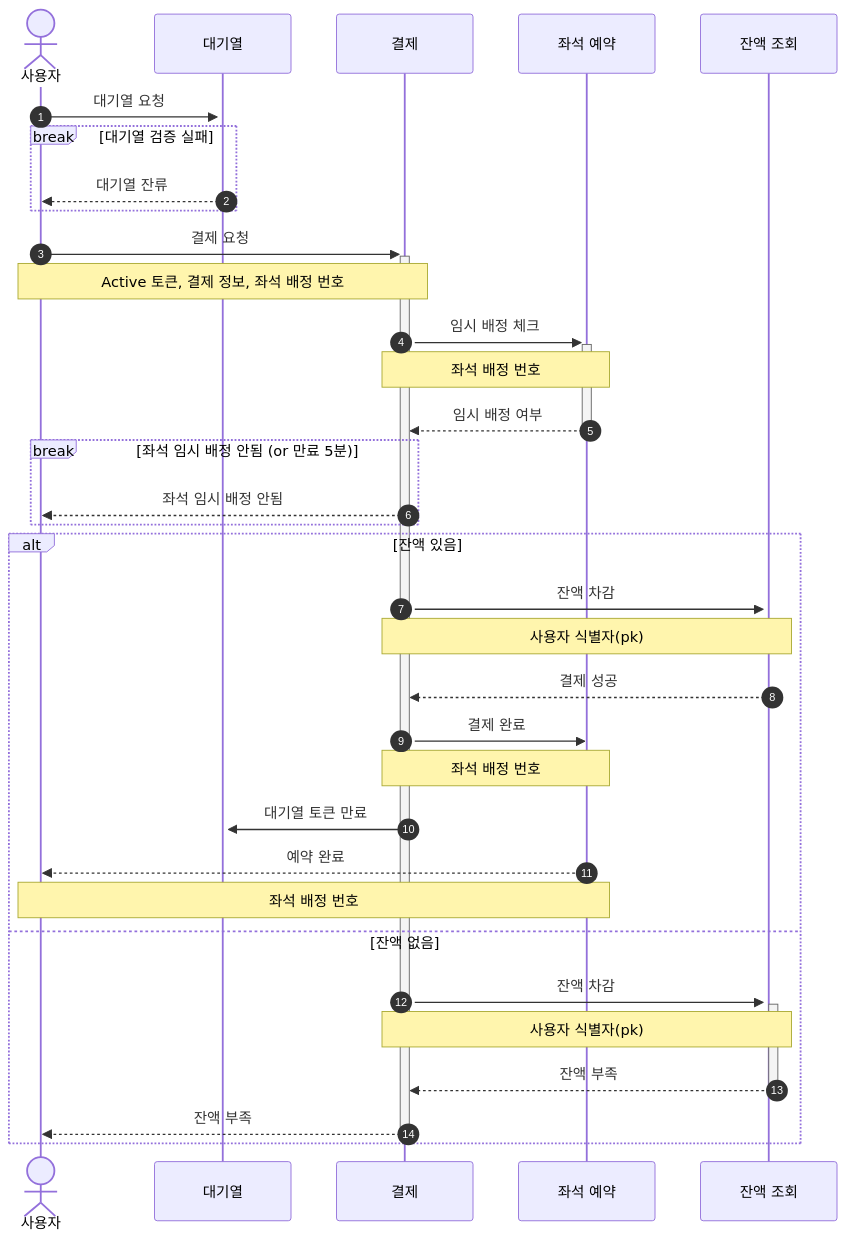
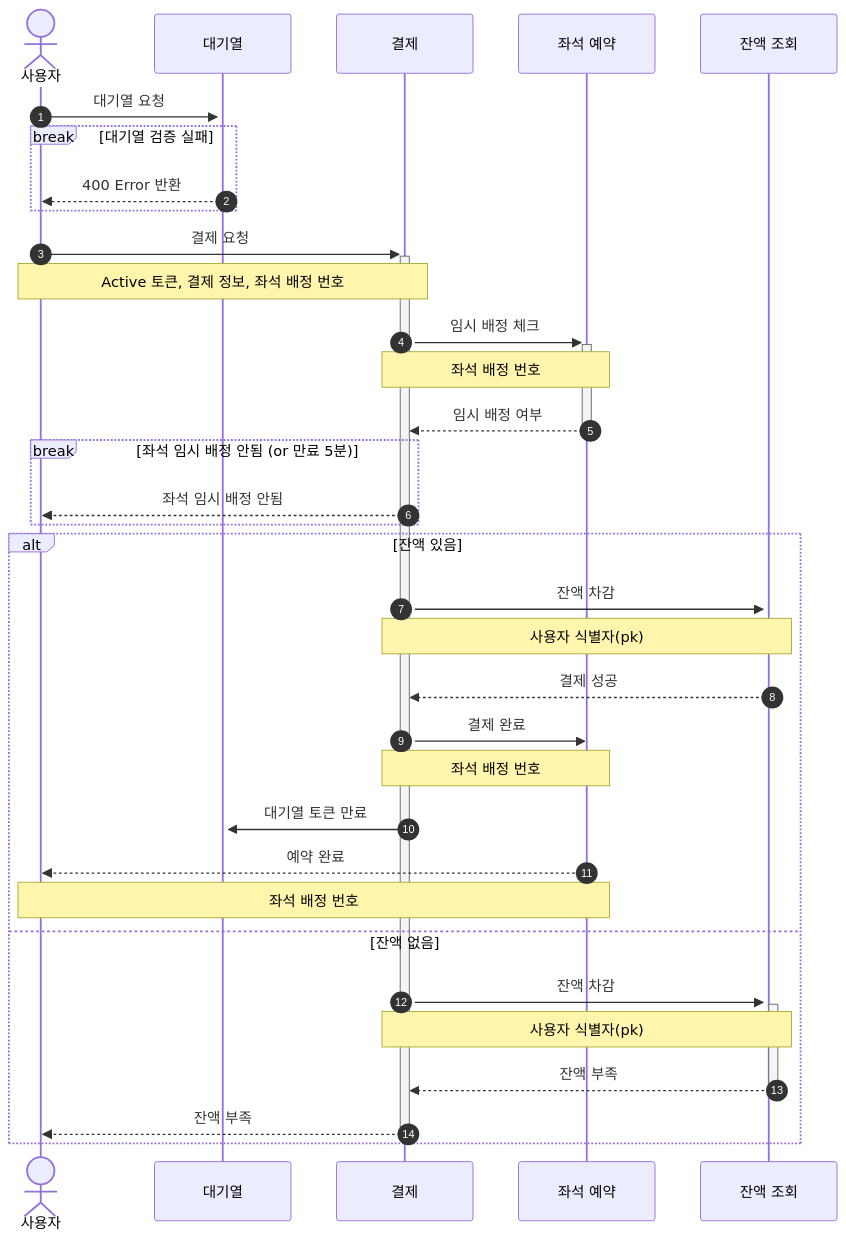
Before and after one commit to kdelay/Concert-Booking: the eighth of 8 diagrams in README.md, drawn with Mermaid. The commit also changed other lines of this file and 3 other files, not shown here.

Commit message:
docs: gitignore 추가 및 diagram document 수정

````diff
--- a/README.md
+++ b/README.md
@@ -248,36 +269,36 @@
 ```mermaid
 sequenceDiagram
     autonumber
     actor 사용자
 
     사용자 ->>+ 대기열: 대기열 요청
     break 대기열 검증 실패
-      대기열 -->> 사용자: 대기열 잔류
+      대기열 -->> 사용자: 400 Error 반환
     end
     
     사용자 ->>+ 결제: 결제 요청
     Note over 사용자, 결제: Active 토큰, 결제 정보, 좌석 배정 번호
     결제 ->>+ 좌석 예약: 임시 배정 체크
     Note over 결제, 좌석 예약: 좌석 배정 번호
     좌석 예약 -->>- 결제: 임시 배정 여부
     
     break 좌석 임시 배정 안됨 (or 만료 5분)
         결제 -->> 사용자: 좌석 임시 배정 안됨
     end
     
     alt 잔액 있음
         결제 ->>+ 잔액 조회: 잔액 차감
         Note over 결제, 잔액 조회: 사용자 식별자(pk)
         잔액 조회 -->> 결제: 결제 성공
         결제 ->> 좌석 예약: 결제 완료
         Note over 결제, 좌석 예약: 좌석 배정 번호
         결제 ->> 대기열: 대기열 토큰 만료
         좌석 예약 -->> 사용자: 예약 완료
         Note over 사용자, 좌석 예약: 좌석 배정 번호
     else 잔액 없음
         결제 ->>+ 잔액 조회: 잔액 차감
         Note over 결제, 잔액 조회: 사용자 식별자(pk)
         잔액 조회 -->>- 결제: 잔액 부족
         결제 -->>- 사용자: 잔액 부족
     end
 ```
````
